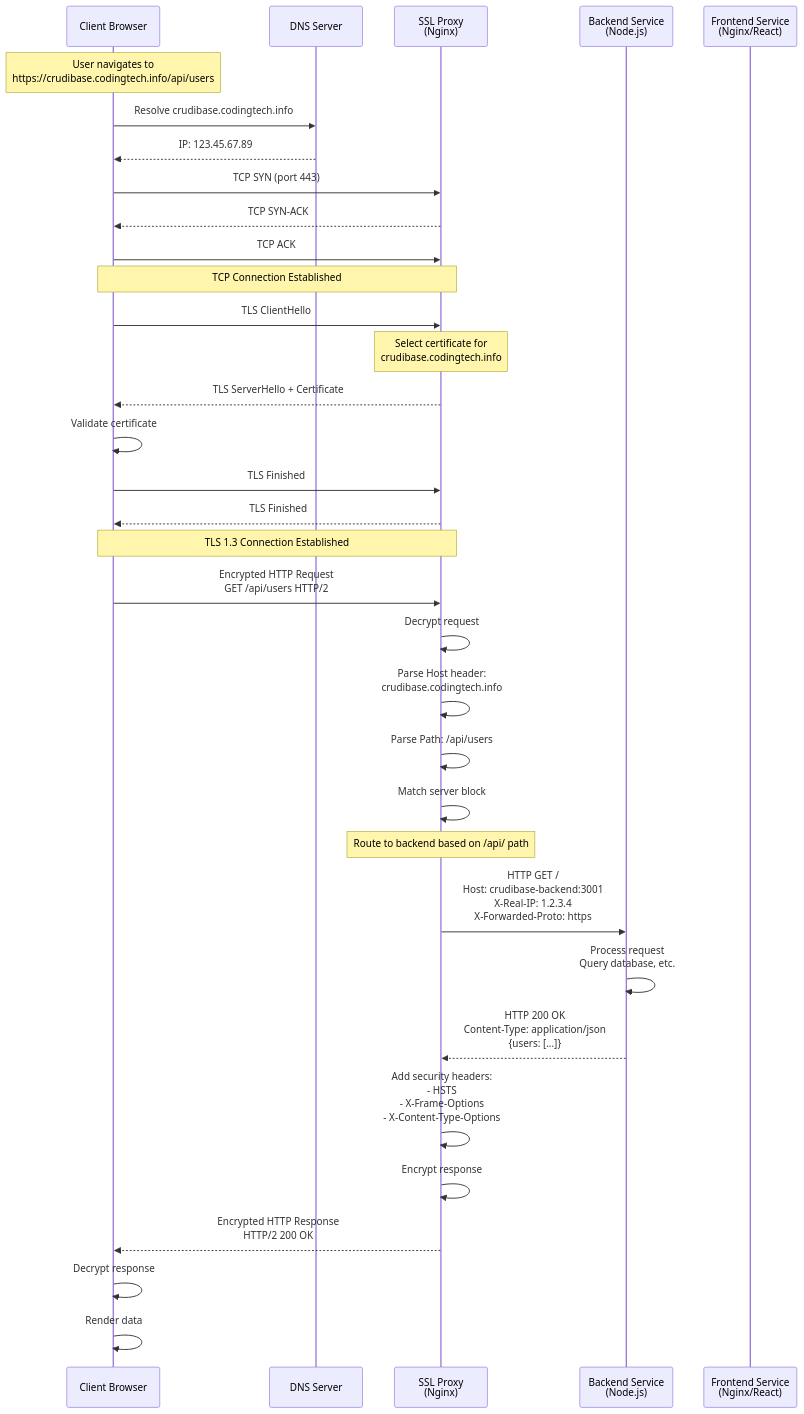
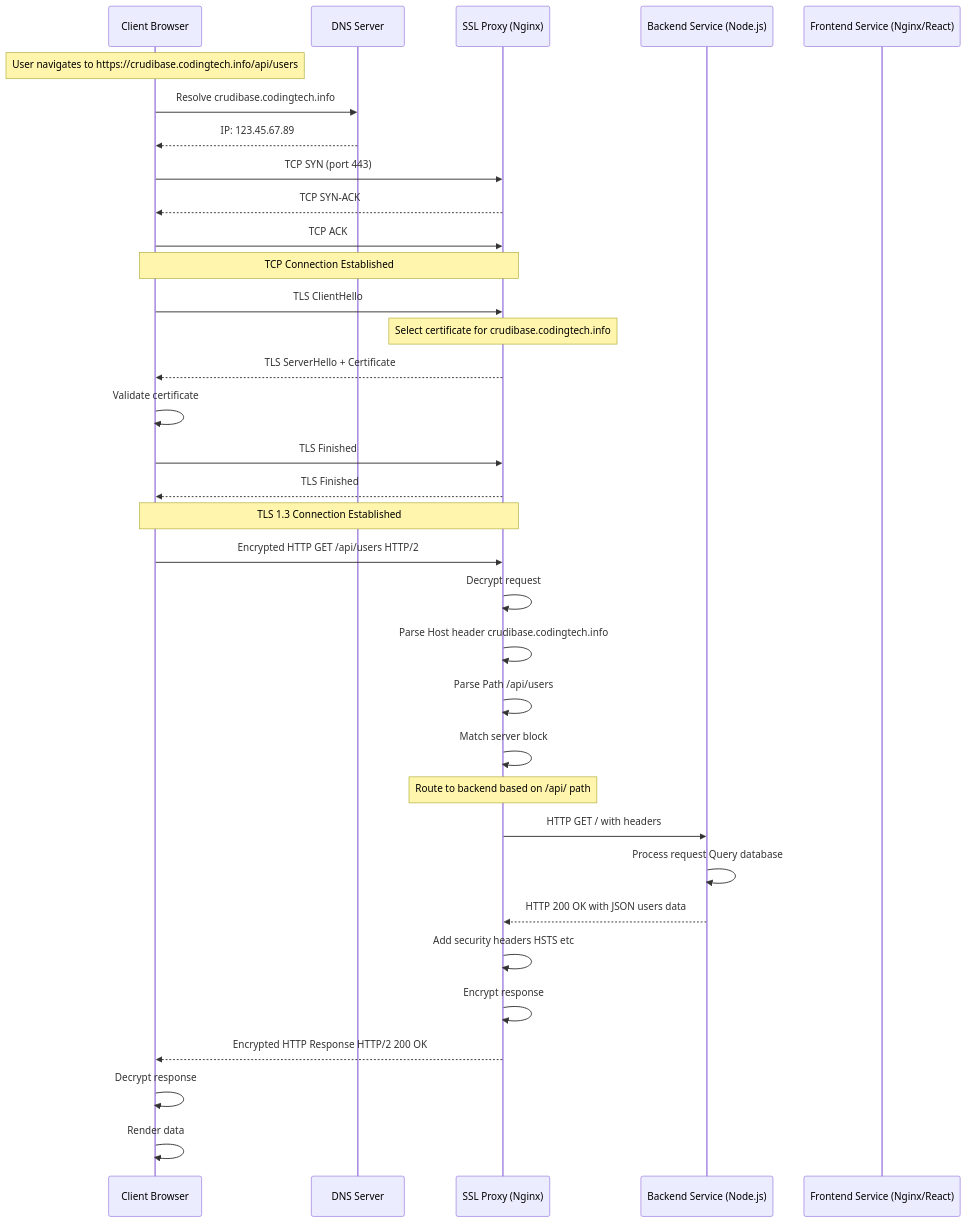
One commit to softwarewrighter/ssl-proxy-for-do changed the second of 10 diagrams in wiki/Request-Flow.md. Above: the diagram before and after it, drawn with Mermaid. The commit also changed other lines of this file and 2 other files, not shown here.

First line of the commit message:
Fix Mermaid sequence diagram syntax errors

````diff
--- a/wiki/Request-Flow.md
+++ b/wiki/Request-Flow.md
@@ -44,45 +44,45 @@
 ```mermaid
 sequenceDiagram
     participant Client as Client Browser
     participant DNS as DNS Server
-    participant SSLProxy as SSL Proxy<br/>(Nginx)
-    participant Backend as Backend Service<br/>(Node.js)
-    participant Frontend as Frontend Service<br/>(Nginx/React)
+    participant SSLProxy as SSL Proxy (Nginx)
+    participant Backend as Backend Service (Node.js)
+    participant Frontend as Frontend Service (Nginx/React)
 
-    Note over Client: User navigates to<br/>https://crudibase.codingtech.info/api/users
+    Note over Client: User navigates to https://crudibase.codingtech.info/api/users
 
     Client->>DNS: Resolve crudibase.codingtech.info
     DNS-->>Client: IP: 123.45.67.89
 
     Client->>SSLProxy: TCP SYN (port 443)
     SSLProxy-->>Client: TCP SYN-ACK
     Client->>SSLProxy: TCP ACK
     Note over Client,SSLProxy: TCP Connection Established
 
     Client->>SSLProxy: TLS ClientHello
-    Note over SSLProxy: Select certificate for<br/>crudibase.codingtech.info
+    Note over SSLProxy: Select certificate for crudibase.codingtech.info
     SSLProxy-->>Client: TLS ServerHello + Certificate
     Client->>Client: Validate certificate
     Client->>SSLProxy: TLS Finished
     SSLProxy-->>Client: TLS Finished
     Note over Client,SSLProxy: TLS 1.3 Connection Established
 
-    Client->>SSLProxy: Encrypted HTTP Request<br/>GET /api/users HTTP/2
+    Client->>SSLProxy: Encrypted HTTP GET /api/users HTTP/2
     SSLProxy->>SSLProxy: Decrypt request
-    SSLProxy->>SSLProxy: Parse Host header:<br/>crudibase.codingtech.info
-    SSLProxy->>SSLProxy: Parse Path: /api/users
+    SSLProxy->>SSLProxy: Parse Host header crudibase.codingtech.info
+    SSLProxy->>SSLProxy: Parse Path /api/users
     SSLProxy->>SSLProxy: Match server block
 
     Note over SSLProxy: Route to backend based on /api/ path
 
-    SSLProxy->>Backend: HTTP GET /<br/>Host: crudibase-backend:3001<br/>X-Real-IP: 1.2.3.4<br/>X-Forwarded-Proto: https
-    Backend->>Backend: Process request<br/>Query database, etc.
-    Backend-->>SSLProxy: HTTP 200 OK<br/>Content-Type: application/json<br/>{users: [...]}
+    SSLProxy->>Backend: HTTP GET / with headers
+    Backend->>Backend: Process request Query database
+    Backend-->>SSLProxy: HTTP 200 OK with JSON users data
 
-    SSLProxy->>SSLProxy: Add security headers:<br/>- HSTS<br/>- X-Frame-Options<br/>- X-Content-Type-Options
+    SSLProxy->>SSLProxy: Add security headers HSTS etc
     SSLProxy->>SSLProxy: Encrypt response
-    SSLProxy-->>Client: Encrypted HTTP Response<br/>HTTP/2 200 OK
+    SSLProxy-->>Client: Encrypted HTTP Response HTTP/2 200 OK
 
     Client->>Client: Decrypt response
     Client->>Client: Render data
 ```
````
